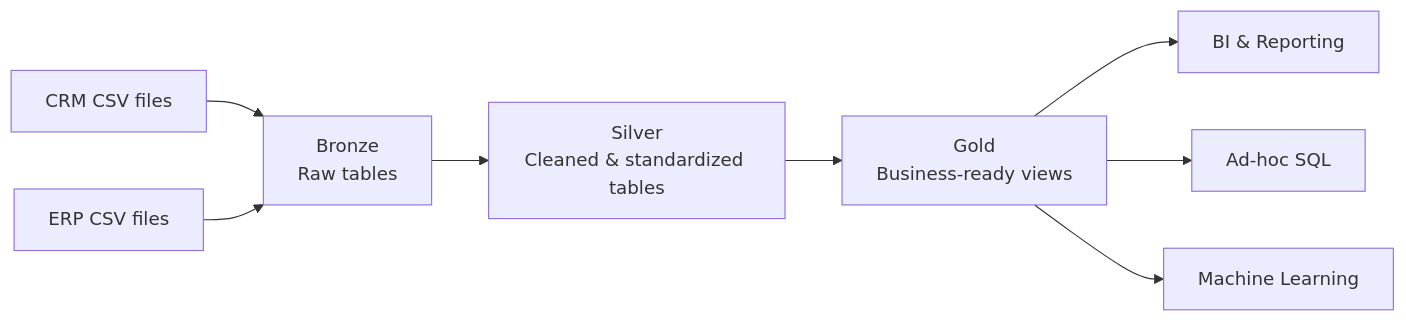
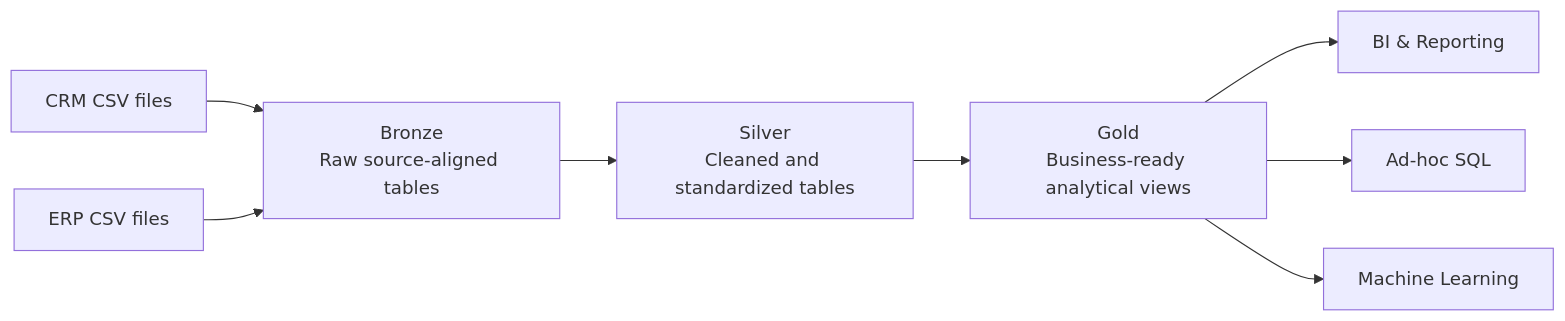
Before and after one commit to gw-ai-security/sql-data-engineering-portfolio: the diagram in README.md, drawn with Mermaid. The commit also changed other lines of this file, not shown here.

````diff
--- a/README.md
+++ b/README.md
@@ -17,10 +17,10 @@
 ```mermaid
 flowchart LR
-    CRM[CRM CSV files] --> B[Bronze\nRaw tables]
+    CRM[CRM CSV files] --> B[Bronze\nRaw source-aligned tables]
     ERP[ERP CSV files] --> B
-    B --> S[Silver\nCleaned & standardized tables]
-    S --> G[Gold\nBusiness-ready views]
+    B --> S[Silver\nCleaned and standardized tables]
+    S --> G[Gold\nBusiness-ready analytical views]
     G --> BI[BI & Reporting]
     G --> SQL[Ad-hoc SQL]
     G --> ML[Machine Learning]
 ```
````
